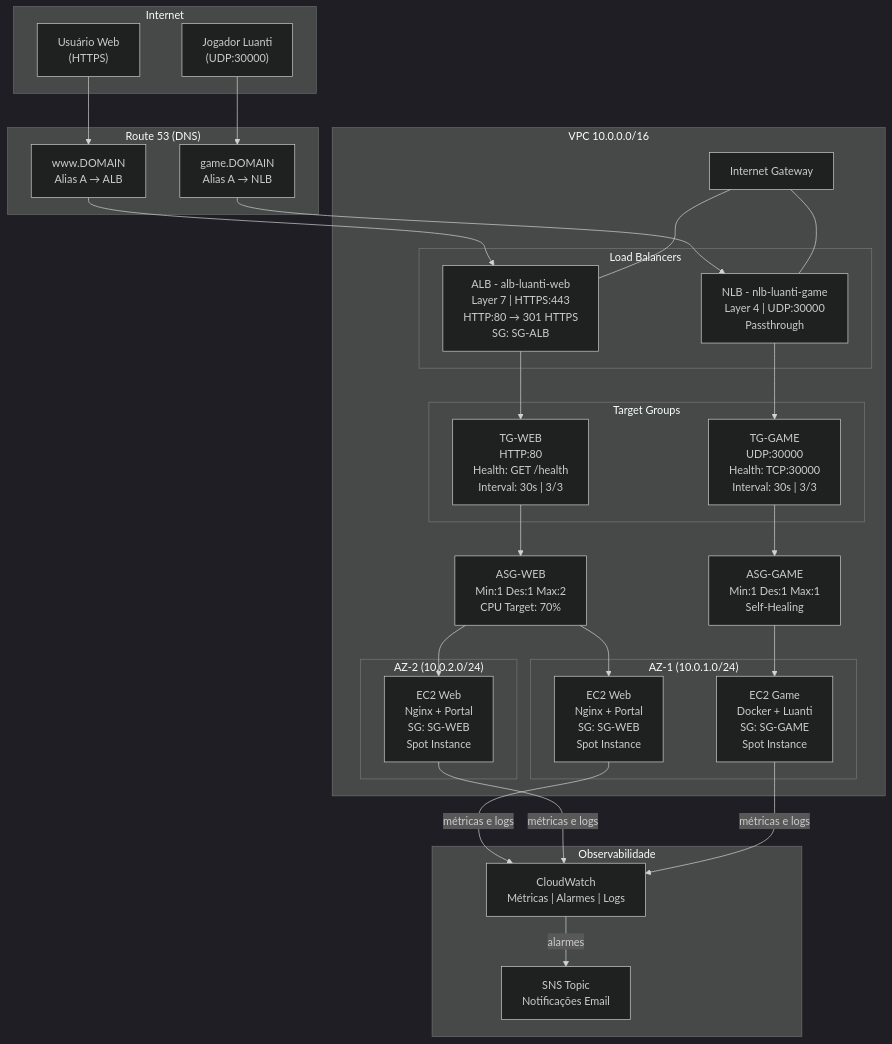
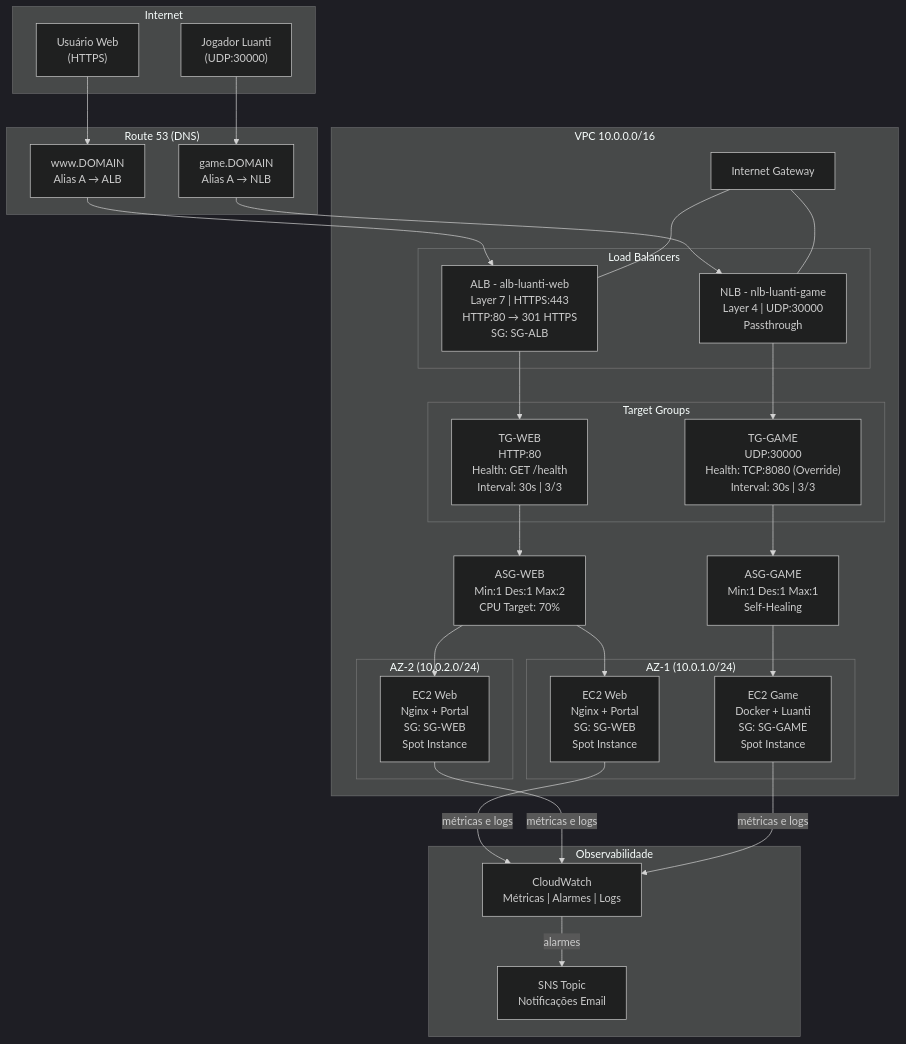
The seventh of 7 diagrams in ARQUITETURA.md (luizinhesta/AWS-Network-Load-Balancer), drawn with Mermaid (dark theme) before and after one commit. The commit also changed other lines of this file and 10 other files, not shown here.

````diff
--- a/ARQUITETURA.md
+++ b/ARQUITETURA.md
@@ -339,55 +332,55 @@
 ```mermaid
 graph TB
     subgraph Internet["Internet"]
         U["Usuário Web<br/>(HTTPS)"]
         P["Jogador Luanti<br/>(UDP:30000)"]
     end
 
     subgraph Route53["Route 53 (DNS)"]
         DNS_WEB["www.DOMAIN<br/>Alias A → ALB"]
         DNS_GAME["game.DOMAIN<br/>Alias A → NLB"]
     end
 
     subgraph VPC["VPC 10.0.0.0/16"]
         IGW["Internet Gateway"]
 
         subgraph LoadBalancers["Load Balancers"]
             ALB["ALB - alb-luanti-web<br/>Layer 7 | HTTPS:443<br/>HTTP:80 → 301 HTTPS<br/>SG: SG-ALB"]
             NLB["NLB - nlb-luanti-game<br/>Layer 4 | UDP:30000<br/>Passthrough"]
         end
 
         subgraph TargetGroups["Target Groups"]
             TG_WEB["TG-WEB<br/>HTTP:80<br/>Health: GET /health<br/>Interval: 30s | 3/3"]
-            TG_GAME["TG-GAME<br/>UDP:30000<br/>Health: TCP:30000<br/>Interval: 30s | 3/3"]
+            TG_GAME["TG-GAME<br/>UDP:30000<br/>Health: TCP:8080 (Override)<br/>Interval: 30s | 3/3"]
         end
 
         subgraph AZ1["AZ-1 (10.0.1.0/24)"]
             WEB1["EC2 Web<br/>Nginx + Portal<br/>SG: SG-WEB<br/>Spot Instance"]
             GAME1["EC2 Game<br/>Docker + Luanti<br/>SG: SG-GAME<br/>Spot Instance"]
         end
 
         subgraph AZ2["AZ-2 (10.0.2.0/24)"]
             WEB2["EC2 Web<br/>Nginx + Portal<br/>SG: SG-WEB<br/>Spot Instance"]
         end
 
         ASG_WEB["ASG-WEB<br/>Min:1 Des:1 Max:2<br/>CPU Target: 70%"]
         ASG_GAME["ASG-GAME<br/>Min:1 Des:1 Max:1<br/>Self-Healing"]
     end
 
     subgraph Monitoring["Observabilidade"]
         CW["CloudWatch<br/>Métricas | Alarmes | Logs"]
         SNS["SNS Topic<br/>Notificações Email"]
     end
 
     U --> DNS_WEB --> ALB
     P --> DNS_GAME --> NLB
     ALB --> TG_WEB
     NLB --> TG_GAME
     TG_WEB --> ASG_WEB
     TG_GAME --> ASG_GAME
     ASG_WEB --> WEB1 & WEB2
     ASG_GAME --> GAME1
     IGW --- ALB & NLB
     WEB1 & WEB2 & GAME1 -->|"métricas e logs"| CW
     CW -->|"alarmes"| SNS
 ```
````
